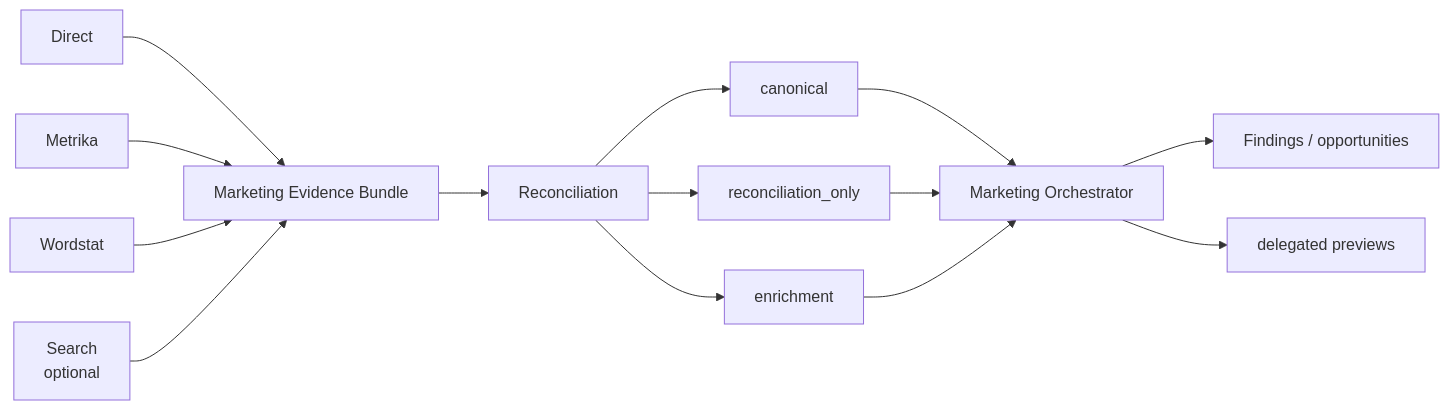
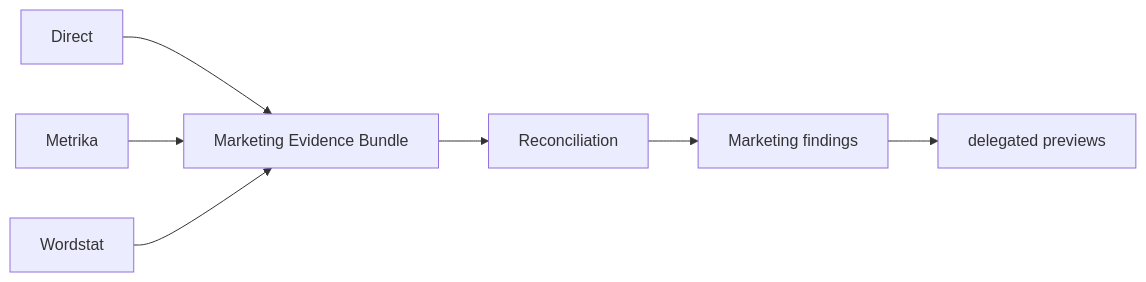
Before and after one commit to trafficolog/yandex-ai-plugin: the second of 2 diagrams in README.en.md, drawn with Mermaid. The commit also changed other lines of this file and 27 other files, not shown here.

````diff
--- a/README.en.md
+++ b/README.en.md
@@ -101,16 +107,9 @@
 ```mermaid
 flowchart LR
   D[Direct] --> B[Marketing Evidence Bundle]
   M[Metrika] --> B
   W[Wordstat] --> B
-  S[Search<br/>optional] --> B
   B --> R[Reconciliation]
-  R --> C[canonical]
-  R --> X[reconciliation_only]
-  R --> N[enrichment]
-  C --> O[Marketing Orchestrator]
-  X --> O
-  N --> O
-  O --> F[Findings / opportunities]
+  R --> O[Marketing findings]
   O --> P[delegated previews]
 ```
````
